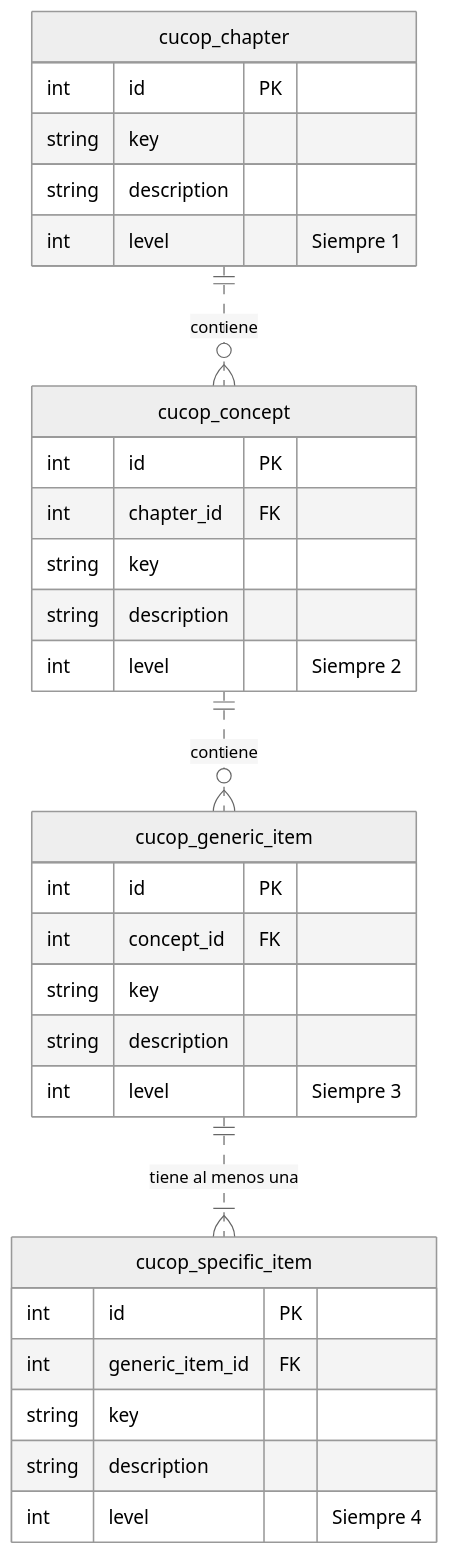
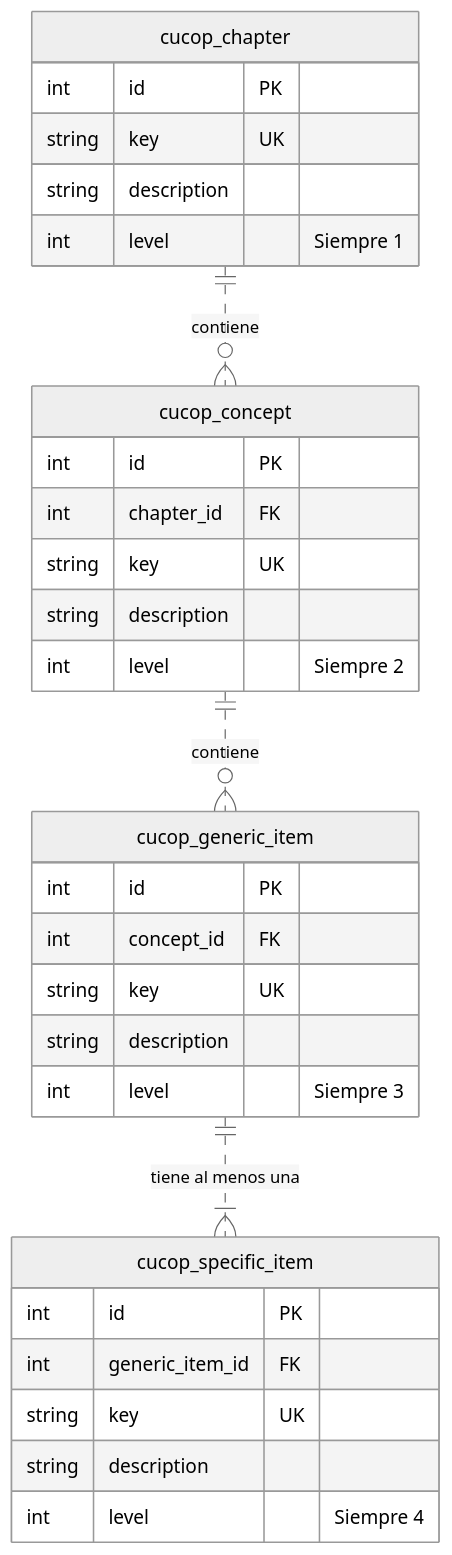
The fourth of 4 diagrams in specs/architecture/catalog-database-proposal.md (fredkor/ai-ssd-registro-proveedores), drawn with Mermaid (neutral theme) before and after one commit. The commit also changed other lines of this file and 12 other files, not shown here.

````diff
--- a/specs/architecture/catalog-database-proposal.md
+++ b/specs/architecture/catalog-database-proposal.md
@@ -118,33 +120,33 @@
 ```mermaid
 erDiagram
     cucopChapter["cucop_chapter"] {
         int id PK
-        string key
+        string key UK
         string description
         int level "Siempre 1"
     }
     cucopConcept["cucop_concept"] {
         int id PK
         int chapter_id FK
-        string key
+        string key UK
         string description
         int level "Siempre 2"
     }
     cucopGenericItem["cucop_generic_item"] {
         int id PK
         int concept_id FK
-        string key
+        string key UK
         string description
         int level "Siempre 3"
     }
     cucopSpecificItem["cucop_specific_item"] {
         int id PK
         int generic_item_id FK
-        string key
+        string key UK
         string description
         int level "Siempre 4"
     }
     cucopChapter ||..o{ cucopConcept : "contiene"
     cucopConcept ||..o{ cucopGenericItem : "contiene"
     cucopGenericItem ||..|{ cucopSpecificItem : "tiene al menos una"
 ```
````
